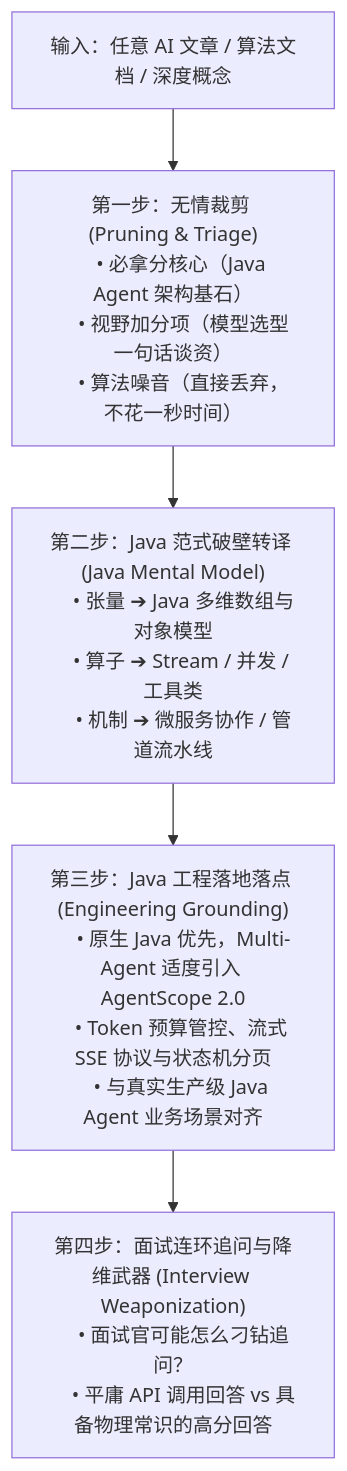
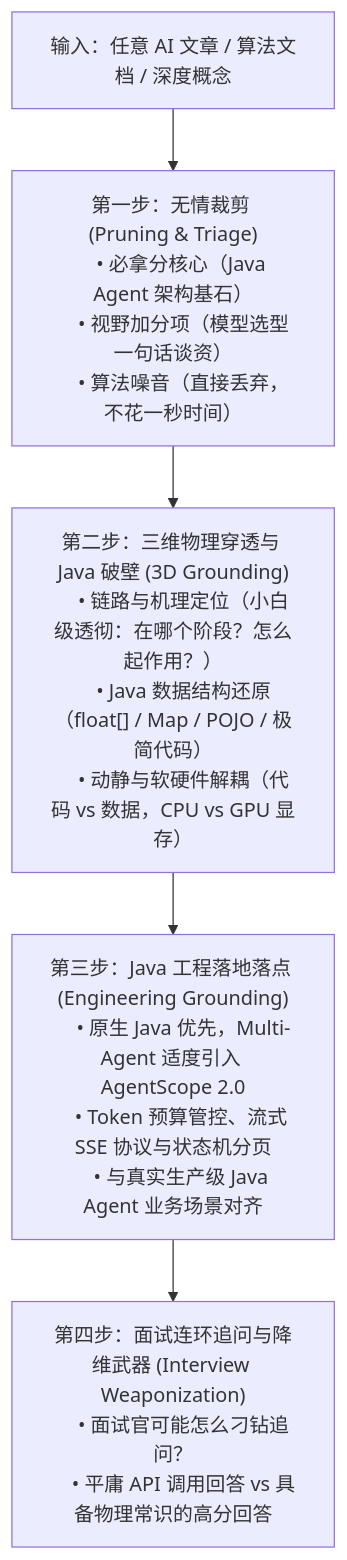
The diagram in lib/skills/leo-ai-transcoder/SKILL.md (zlpawn/shrimp), drawn with Mermaid before and after one commit. The commit also changed other lines of this file, not shown here.

````diff
--- a/lib/skills/leo-ai-transcoder/SKILL.md
+++ b/lib/skills/leo-ai-transcoder/SKILL.md
@@ -78,25 +78,25 @@
 ```mermaid
 flowchart TD
     INPUT["输入：任意 AI 文章 / 算法文档 / 深度概念"]
     
     STEP1["第一步：无情裁剪 (Pruning & Triage)
     • 必拿分核心（Java Agent 架构基石）
     • 视野加分项（模型选型一句话谈资）
     • 算法噪音（直接丢弃，不花一秒时间）"]
     
-    STEP2["第二步：Java 范式破壁转译 (Java Mental Model)
-    • 张量 ➔ Java 多维数组与对象模型
-    • 算子 ➔ Stream / 并发 / 工具类
-    • 机制 ➔ 微服务协作 / 管道流水线"]
+    STEP2["第二步：三维物理穿透与 Java 破壁 (3D Grounding)
+    • 链路与机理定位（小白级透彻：在哪个阶段？怎么起作用？）
+    • Java 数据结构还原（float[] / Map / POJO / 极简代码）
+    • 动静与软硬件解耦（代码 vs 数据，CPU vs GPU 显存）"]
     
     STEP3["第三步：Java 工程落地落点 (Engineering Grounding)
     • 原生 Java 优先，Multi-Agent 适度引入 AgentScope 2.0
     • Token 预算管控、流式 SSE 协议与状态机分页
     • 与真实生产级 Java Agent 业务场景对齐"]
     
     STEP4["第四步：面试连环追问与降维武器 (Interview Weaponization)
     • 面试官可能怎么刁钻追问？
     • 平庸 API 调用回答 vs 具备物理常识的高分回答"]
 
     INPUT --> STEP1 --> STEP2 --> STEP3 --> STEP4
 ```
````
